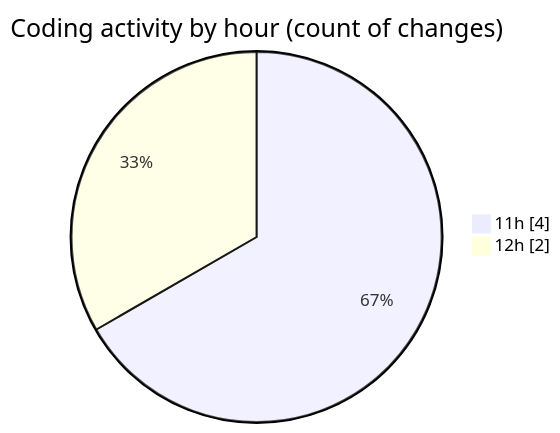
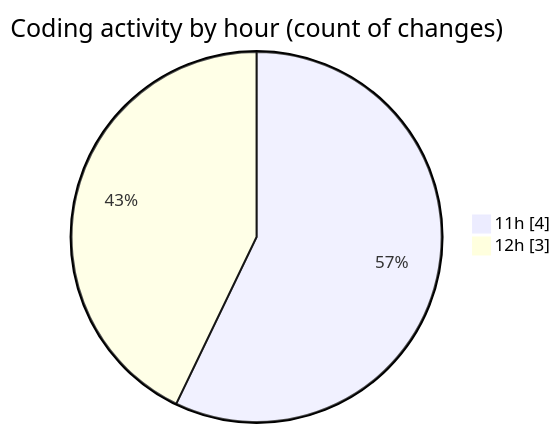
One commit to seballot/code-tracking changed the second of 2 diagrams in 2025-06-18/app__container_registration-app__calm-app__/README.md. Above: the diagram before and after it, drawn with Mermaid. The commit also changed other lines of this file and 1 other file, not shown here.

````diff
--- a/2025-06-18/app__container_registration-app__calm-app__/README.md
+++ b/2025-06-18/app__container_registration-app__calm-app__/README.md
@@ -28,6 +28,6 @@
 ```mermaid
 pie showData
 title Coding activity by hour (count of changes)
 "11h" : 4
-"12h" : 2
+"12h" : 3
 ```
````
